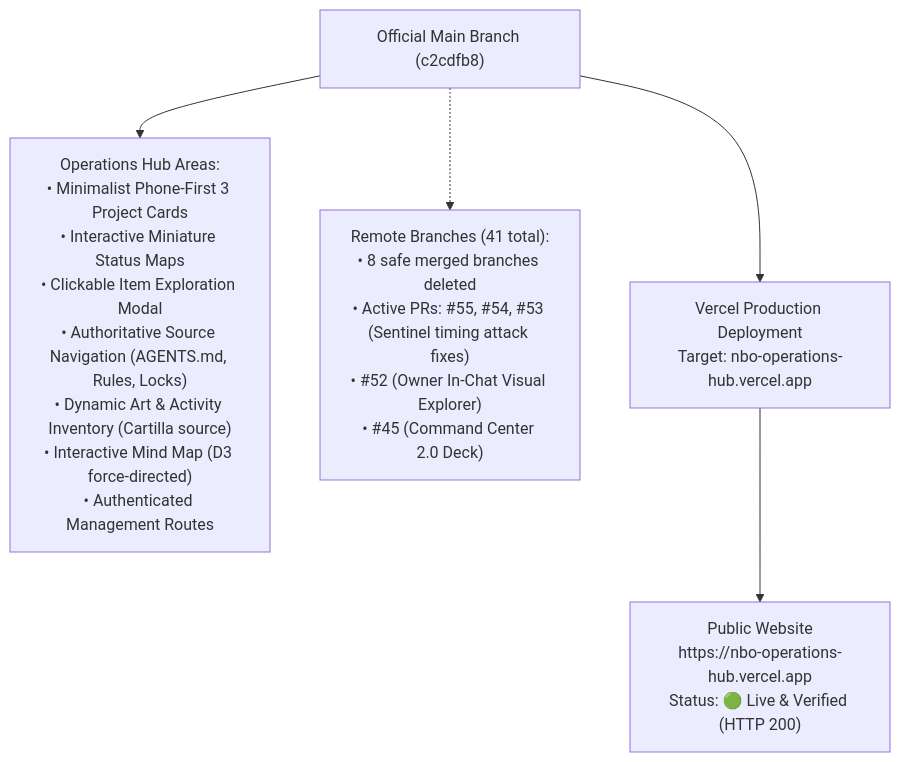
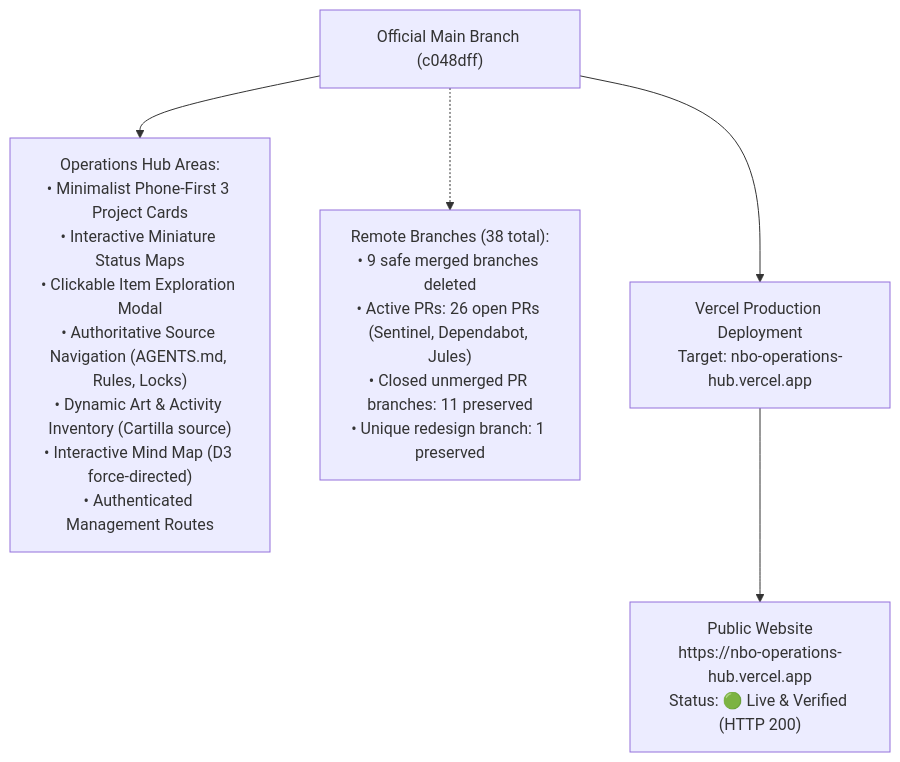
Before and after one commit to ejnburrows-rgb/Command-Center-: the first of 2 diagrams in docs/OWNER-VISUAL-STATUS.md, drawn with Mermaid. The commit also changed other lines of this file and 1 other file, not shown here.

Commit message:
docs(status): sync Cartilla PR #1291 merge, 38 remote branches, and verified live status

````diff
--- a/docs/OWNER-VISUAL-STATUS.md
+++ b/docs/OWNER-VISUAL-STATUS.md
@@ -15,13 +15,13 @@
 ```mermaid
 flowchart TD
-    MAIN["Official Main Branch (c2cdfb8)"]
+    MAIN["Official Main Branch (c048dff)"]
     AREAS["Operations Hub Areas:<br/>• Minimalist Phone-First 3 Project Cards<br/>• Interactive Miniature Status Maps<br/>• Clickable Item Exploration Modal<br/>• Authoritative Source Navigation (AGENTS.md, Rules, Locks)<br/>• Dynamic Art & Activity Inventory (Cartilla source)<br/>• Interactive Mind Map (D3 force-directed)<br/>• Authenticated Management Routes"]
-    BRANCHES["Remote Branches (41 total):<br/>• 8 safe merged branches deleted<br/>• Active PRs: #55, #54, #53 (Sentinel timing attack fixes)<br/>• #52 (Owner In-Chat Visual Explorer)<br/>• #45 (Command Center 2.0 Deck)"]
+    BRANCHES["Remote Branches (38 total):<br/>• 9 safe merged branches deleted<br/>• Active PRs: 26 open PRs (Sentinel, Dependabot, Jules)<br/>• Closed unmerged PR branches: 11 preserved<br/>• Unique redesign branch: 1 preserved"]
     VERCEL["Vercel Production Deployment<br/>Target: nbo-operations-hub.vercel.app"]
     LIVE["Public Website<br/>https://nbo-operations-hub.vercel.app<br/>Status: 🟢 Live & Verified (HTTP 200)"]
 
     MAIN --> AREAS
     MAIN -.-> BRANCHES
     MAIN --> VERCEL
     VERCEL --> LIVE
 ```
````
